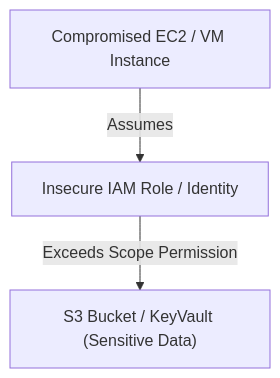
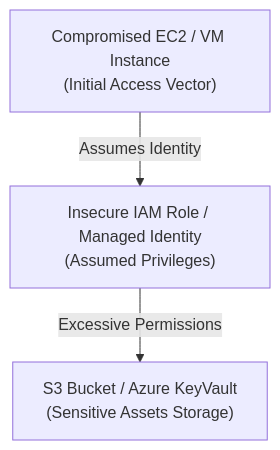
The diagram in labs/cloud-labs.md (vulnquest58/vulnquest58.github.io), drawn with Mermaid before and after one commit. The commit also changed other lines of this file and 6 other files, not shown here.

````diff
--- a/labs/cloud-labs.md
+++ b/labs/cloud-labs.md
@@ -11,9 +12,9 @@
 ```mermaid
 graph TD
-    User["Compromised EC2 / VM Instance"]
-    Role["Insecure IAM Role / Identity"]
-    Resource["S3 Bucket / KeyVault (Sensitive Data)"]
+    User["Compromised EC2 / VM Instance<br>(Initial Access Vector)"]
+    Role["Insecure IAM Role / Managed Identity<br>(Assumed Privileges)"]
+    Resource["S3 Bucket / Azure KeyVault<br>(Sensitive Assets Storage)"]
     
-    User -->|Assumes| Role
-    Role -->|Exceeds Scope Permission| Resource
+    User -->|Assumes Identity| Role
+    Role -->|Excessive Permissions| Resource
 ```
````
